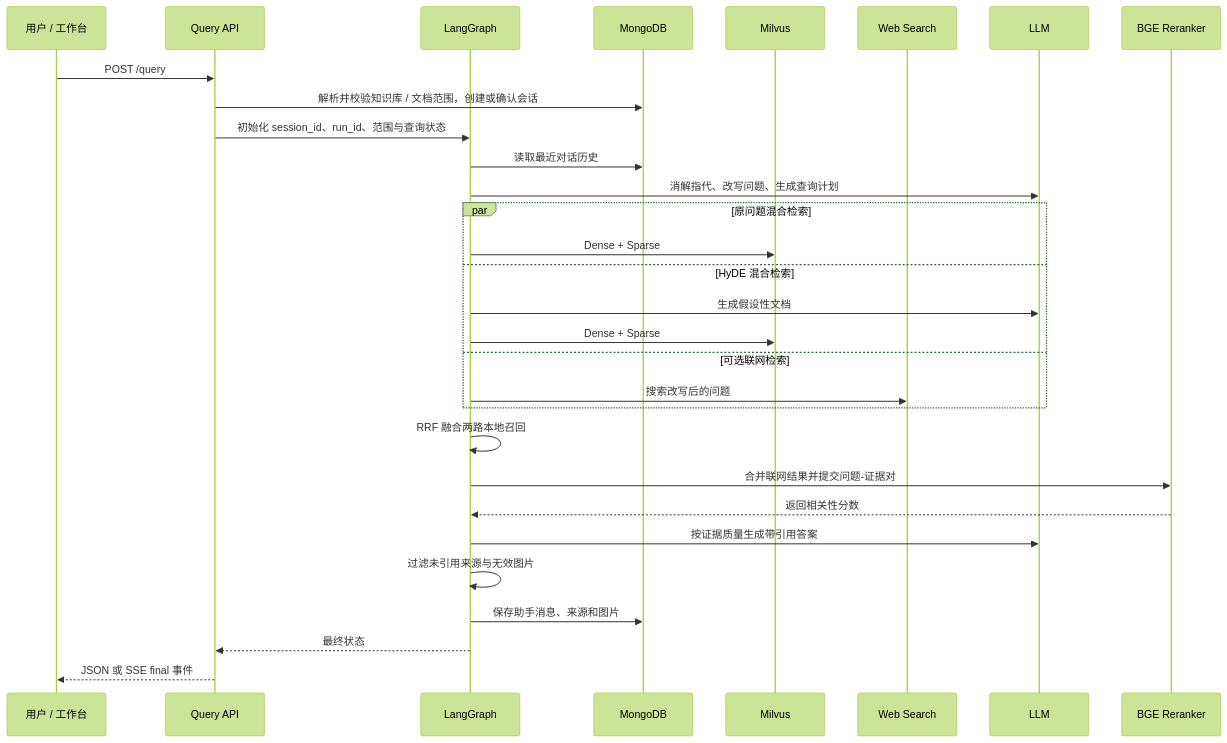
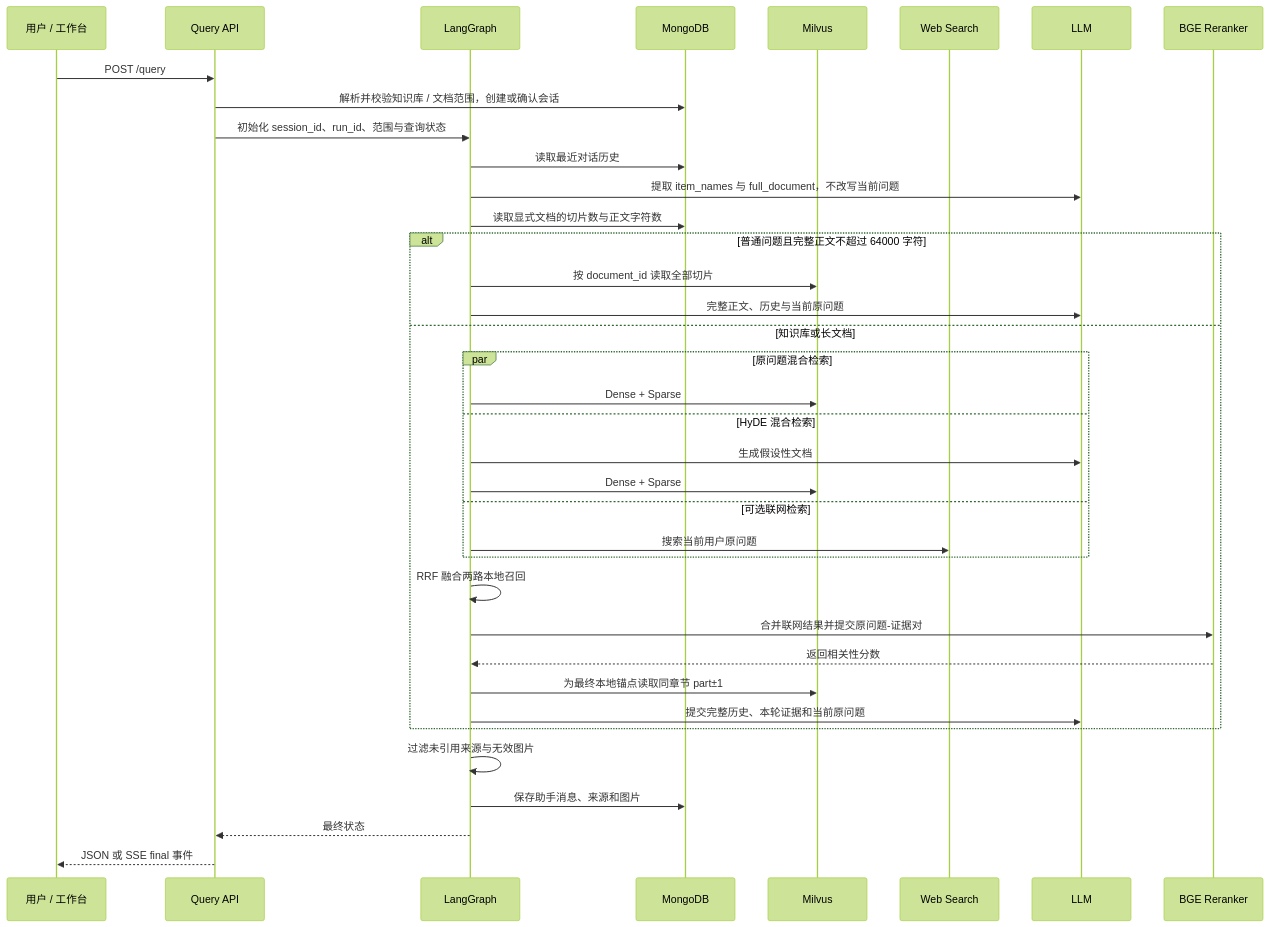
One commit to Pitkil/PunditRAG changed the third of 3 diagrams in README.md. Above: the diagram before and after it, drawn with Mermaid (forest theme). The commit also changed other lines of this file and 43 other files, not shown here.

````diff
--- a/README.md
+++ b/README.md
@@ -178,33 +189,40 @@
 ```mermaid
 sequenceDiagram
     participant U as 用户 / 工作台
     participant A as Query API
     participant G as LangGraph
     participant DB as MongoDB
     participant V as Milvus
     participant W as Web Search
     participant L as LLM
     participant R as BGE Reranker
 
     U->>A: POST /query
     A->>DB: 解析并校验知识库 / 文档范围，创建或确认会话
     A->>G: 初始化 session_id、run_id、范围与查询状态
     G->>DB: 读取最近对话历史
-    G->>L: 消解指代、改写问题、生成查询计划
+    G->>L: 提取 item_names 与 full_document，不改写当前问题
+    G->>DB: 读取显式文档的切片数与正文字符数
+    alt 普通问题且完整正文不超过 64000 字符
+        G->>V: 按 document_id 读取全部切片
+        G->>L: 完整正文、历史与当前原问题
+    else 知识库或长文档
     par 原问题混合检索
         G->>V: Dense + Sparse
     and HyDE 混合检索
         G->>L: 生成假设性文档
         G->>V: Dense + Sparse
     and 可选联网检索
-        G->>W: 搜索改写后的问题
+        G->>W: 搜索当前用户原问题
     end
     G->>G: RRF 融合两路本地召回
-    G->>R: 合并联网结果并提交问题-证据对
+    G->>R: 合并联网结果并提交原问题-证据对
     R-->>G: 返回相关性分数
-    G->>L: 按证据质量生成带引用答案
+    G->>V: 为最终本地锚点读取同章节 part±1
+    G->>L: 提交完整历史、本轮证据和当前原问题
+    end
     G->>G: 过滤未引用来源与无效图片
     G->>DB: 保存助手消息、来源和图片
     G-->>A: 最终状态
     A-->>U: JSON 或 SSE final 事件
 ```
````
